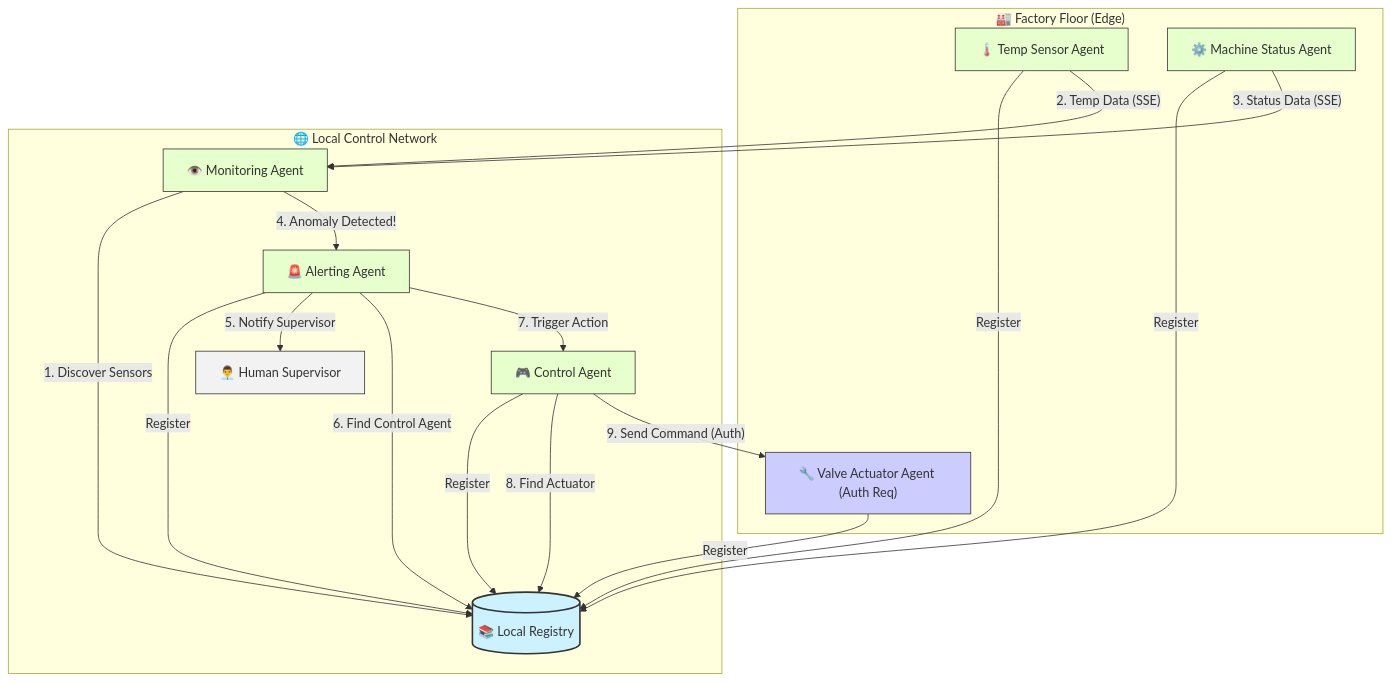
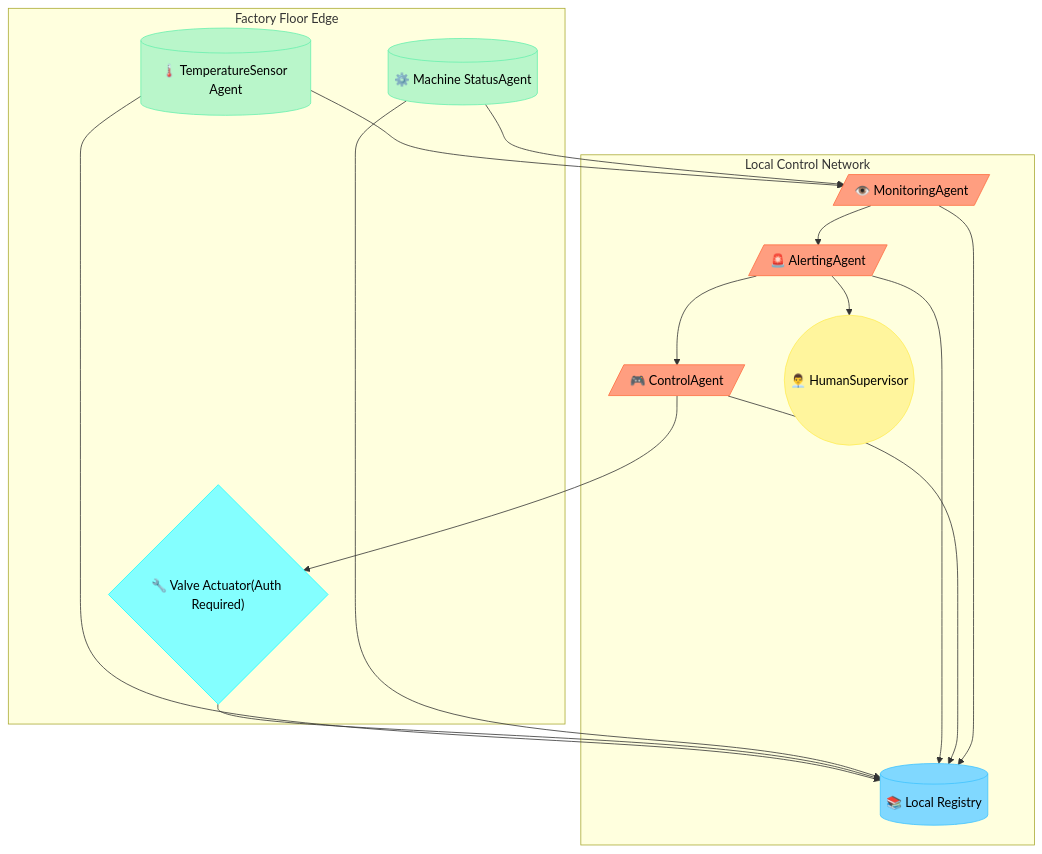
Before and after one commit to ruFFaa/AgentVault: the third of 6 diagrams in docs/use_cases.md, drawn with Mermaid. The commit also changed other lines of this file, not shown here.

Commit message:
(fix) use case mermaids

````diff
--- a/docs/use_cases.md
+++ b/docs/use_cases.md
@@ -165,44 +140,44 @@
 ```mermaid
-graph TD
-    %% Define styles
-    classDef factoryGroup fill:#fff3e0,stroke:#333,stroke-width:1px
-    classDef controlGroup fill:#e3f2fd,stroke:#333,stroke-width:1px
-    classDef agent fill:#e6ffcc,stroke:#333,stroke-width:1px
-    classDef registry fill:#ccf2ff,stroke:#333,stroke-width:2px,shape:cylinder
-    classDef authAgent fill:#ccf,stroke:#333,stroke-width:1px
-    classDef human fill:#f2f2f2,stroke:#333,stroke-width:1px
-    
-    subgraph FactoryFloor["🏭 Factory Floor (Edge)"]
-        SensorAgent["🌡️ Temp Sensor Agent"]:::agent
-        ActuatorAgent["🔧 Valve Actuator Agent (Auth Req)"]:::authAgent
-        MachineAgent["⚙️ Machine Status Agent"]:::agent
+flowchart TD
+    subgraph FactoryFloor["Factory Floor Edge"]
+        SensorAgent[("🌡️ TemperatureSensor Agent")]
+        ActuatorAgent{"🔧 Valve Actuator(Auth Required)"}
+        MachineAgent[("⚙️ Machine StatusAgent")]
     end
     
-    subgraph ControlNetwork["🌐 Local Control Network"]
-        LocalRegistry[("📚 Local Registry")]:::registry
-        MonitorAgent["👁️ Monitoring Agent"]:::agent
-        AlertAgent["🚨 Alerting Agent"]:::agent
-        ControlAgent["🎮 Control Agent"]:::agent
-        Supervisor["👨‍💼 Human Supervisor"]:::human
+    subgraph ControlNetwork["Local Control Network"]
+        LocalRegistry[("📚 Local Registry")]
+        MonitorAgent[/"👁️ MonitoringAgent"/]
+        AlertAgent[/"🚨 AlertingAgent"/]
+        ControlAgent[/"🎮 ControlAgent"/]
+        Supervisor(("👨‍💼 HumanSupervisor"))
     end
     
-    %% Registration flow
-    SensorAgent -- "Register" --> LocalRegistry
-    ActuatorAgent -- "Register" --> LocalRegistry
-    MachineAgent -- "Register" --> LocalRegistry
-    AlertAgent -- "Register" --> LocalRegistry
-    ControlAgent -- "Register" --> LocalRegistry
+    %% Registration connections
+    SensorAgent --> LocalRegistry
+    ActuatorAgent --> LocalRegistry
+    MachineAgent --> LocalRegistry
+    AlertAgent --> LocalRegistry
+    ControlAgent --> LocalRegistry
     
     %% Monitoring flow
-    MonitorAgent -- "1. Discover Sensors" --> LocalRegistry
-    SensorAgent -- "2. Temp Data (SSE)" --> MonitorAgent
-    MachineAgent -- "3. Status Data (SSE)" --> MonitorAgent
+    MonitorAgent --> LocalRegistry
+    SensorAgent --> MonitorAgent
+    MachineAgent --> MonitorAgent
     
-    %% Alert and response flow
-    MonitorAgent -- "4. Anomaly Detected!" --> AlertAgent
-    AlertAgent -- "5. Notify Supervisor" --> Supervisor
-    AlertAgent -- "6. Find Control Agent" --> LocalRegistry
-    AlertAgent -- "7. Trigger Action" --> ControlAgent
-    ControlAgent -- "8. Find Actuator" --> LocalRegistry
-    ControlAgent -- "9. Send Command (Auth)" --> ActuatorAgent
+    %% Alert flow
+    MonitorAgent --> AlertAgent
+    AlertAgent --> Supervisor
+    AlertAgent --> ControlAgent
+    ControlAgent --> ActuatorAgent
+    
+    style SensorAgent fill:#b9f6ca,stroke:#69f0ae,color:black
+    style ActuatorAgent fill:#84ffff,stroke:#18ffff,color:black
+    style MachineAgent fill:#b9f6ca,stroke:#69f0ae,color:black
+    style LocalRegistry fill:#80d8ff,stroke:#40c4ff,color:black
+    style MonitorAgent fill:#ff9e80,stroke:#ff6e40,color:black
+    style AlertAgent fill:#ff9e80,stroke:#ff6e40,color:black
+    style ControlAgent fill:#ff9e80,stroke:#ff6e40,color:black
+    style Supervisor fill:#fff59d,stroke:#ffee58,color:black
+
 ```
````
